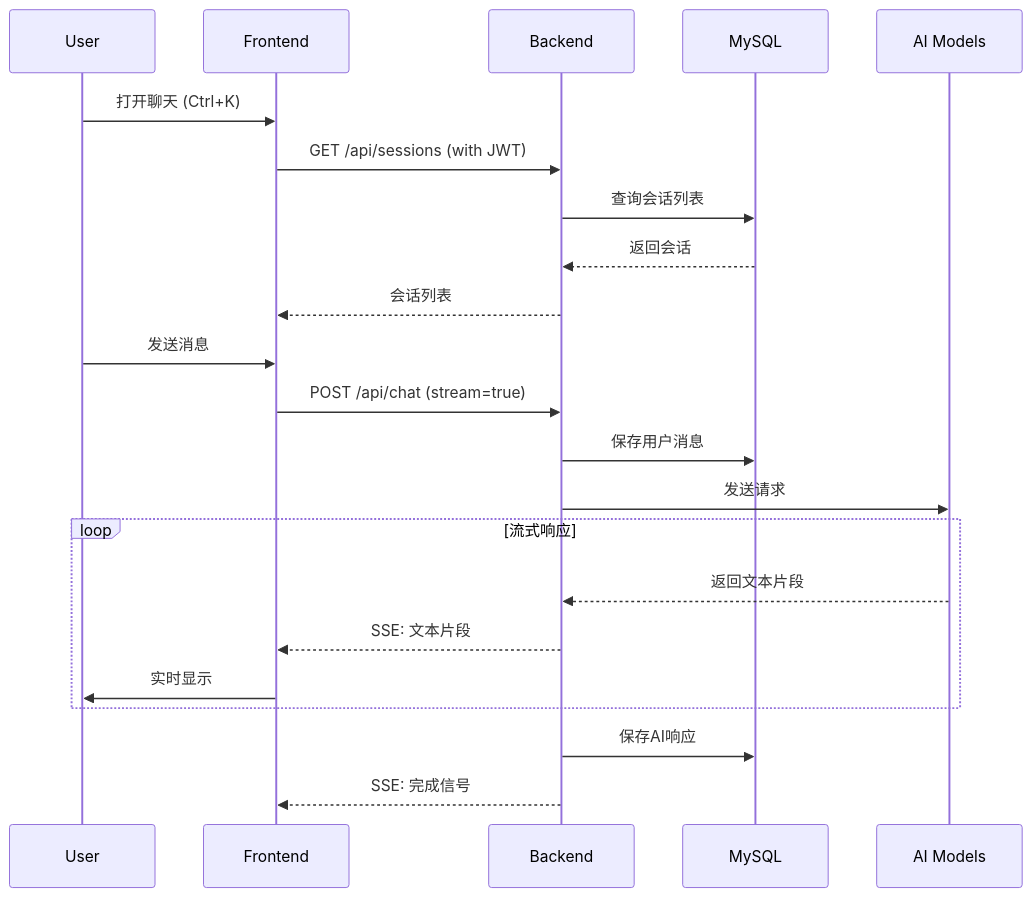
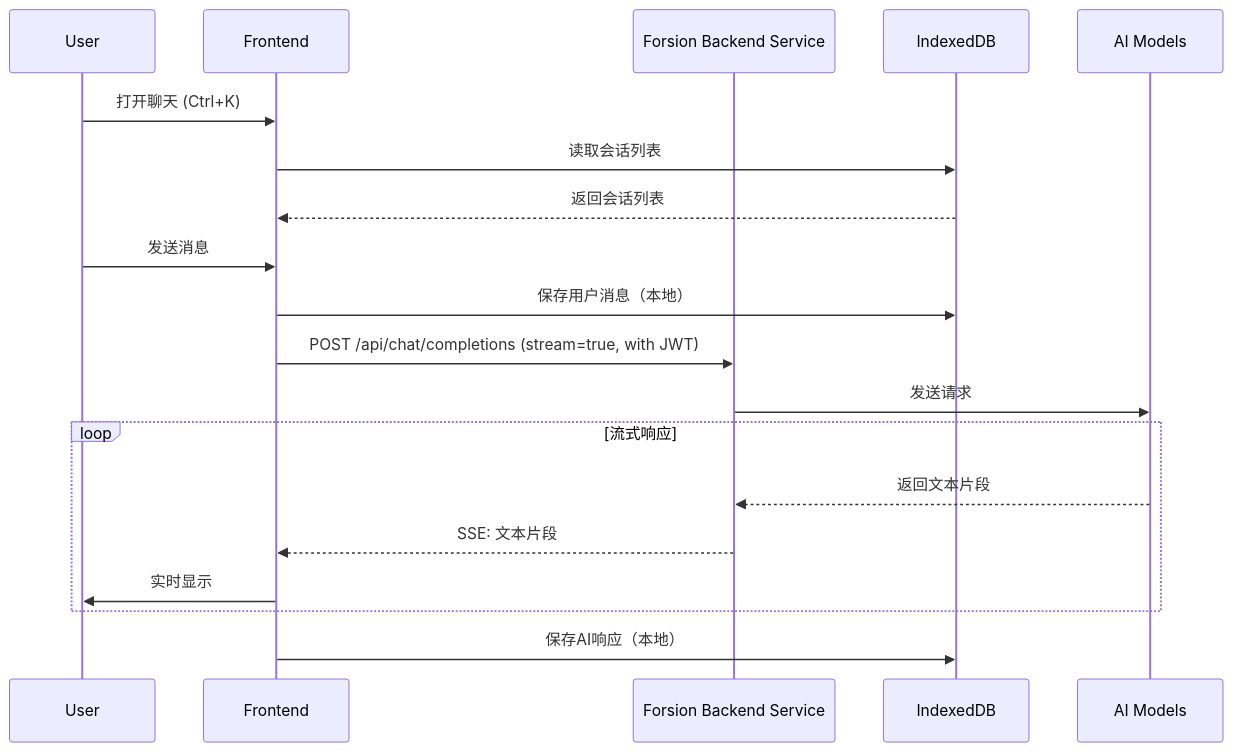
Before and after one commit to Changan-Su/Forsion-Desktop: the second of 4 diagrams in ARCHITECTURE.md, drawn with Mermaid. The commit also changed other lines of this file and 31 other files, not shown here.

Commit message:
Refactor architecture and deployment: Transition to using an external Forsion Backend Service, removing local backend code and MySQL dependencies. Update architecture documentation and deployment checklist to reflect new service integration and local data storage using IndexedDB.

````diff
--- a/ARCHITECTURE.md
+++ b/ARCHITECTURE.md
@@ -58,28 +58,25 @@
 ```mermaid
 sequenceDiagram
     participant User
     participant Frontend
-    participant Backend
-    participant MySQL
+    participant BackendService as Forsion Backend Service
+    participant IndexedDB
     participant AI as AI Models
     
     User->>Frontend: 打开聊天 (Ctrl+K)
-    Frontend->>Backend: GET /api/sessions (with JWT)
-    Backend->>MySQL: 查询会话列表
-    MySQL-->>Backend: 返回会话
-    Backend-->>Frontend: 会话列表
+    Frontend->>IndexedDB: 读取会话列表
+    IndexedDB-->>Frontend: 返回会话列表
     
     User->>Frontend: 发送消息
-    Frontend->>Backend: POST /api/chat (stream=true)
-    Backend->>MySQL: 保存用户消息
-    Backend->>AI: 发送请求
+    Frontend->>IndexedDB: 保存用户消息（本地）
+    Frontend->>BackendService: POST /api/chat/completions (stream=true, with JWT)
+    BackendService->>AI: 发送请求
     
     loop 流式响应
-        AI-->>Backend: 返回文本片段
-        Backend-->>Frontend: SSE: 文本片段
+        AI-->>BackendService: 返回文本片段
+        BackendService-->>Frontend: SSE: 文本片段
         Frontend->>User: 实时显示
     end
     
-    Backend->>MySQL: 保存AI响应
-    Backend-->>Frontend: SSE: 完成信号
+    Frontend->>IndexedDB: 保存AI响应（本地）
 ```
````
